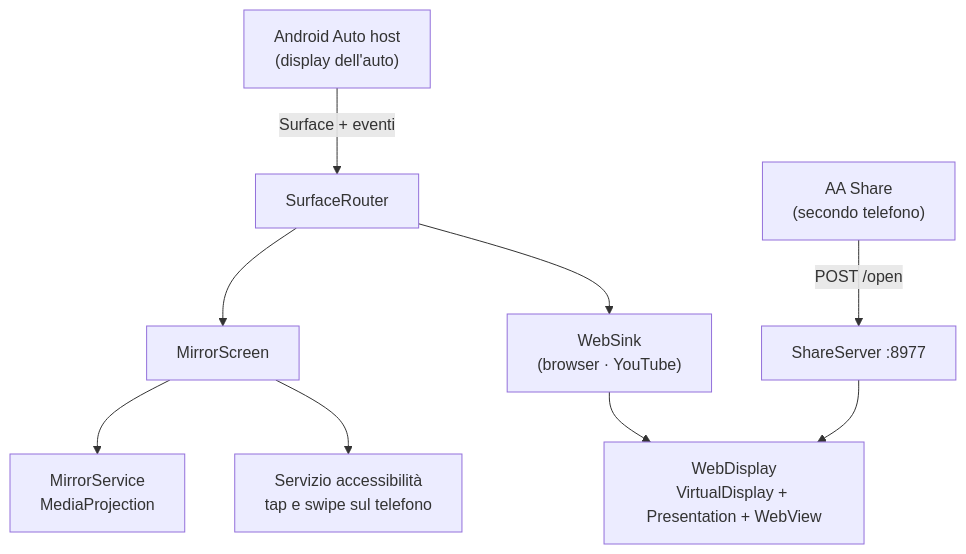
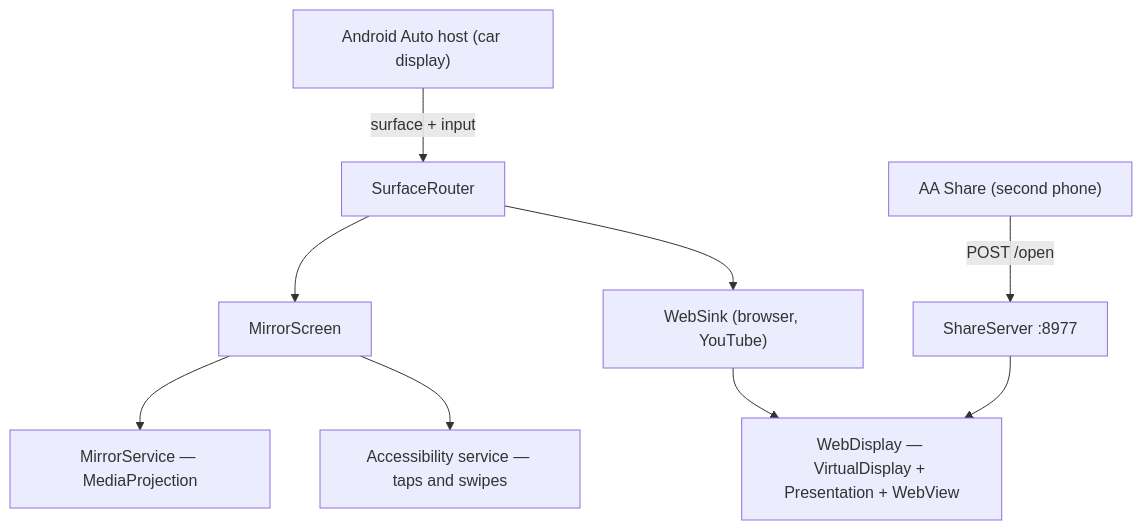
One commit to iAlias/AASuite changed the second of 2 diagrams in README.md. Above: the diagram before and after it, drawn with Mermaid. The commit also changed other lines of this file and 2 other files, not shown here.

````diff
--- a/README.md
+++ b/README.md
@@ -127,11 +151,11 @@
 ```mermaid
 graph TD
-    Host["Android Auto host<br/>(display dell'auto)"] -->|Surface + eventi| Router[SurfaceRouter]
+    Host["Android Auto host (car display)"] -->|surface + input| Router[SurfaceRouter]
     Router --> Mirror[MirrorScreen]
-    Router --> Web["WebSink<br/>(browser · YouTube)"]
-    Mirror --> Service["MirrorService<br/>MediaProjection"]
-    Mirror --> A11y["Servizio accessibilità<br/>tap e swipe sul telefono"]
-    Web --> Display["WebDisplay<br/>VirtualDisplay + Presentation + WebView"]
+    Router --> Web["WebSink (browser, YouTube)"]
+    Mirror --> Service["MirrorService — MediaProjection"]
+    Mirror --> A11y["Accessibility service — taps and swipes"]
+    Web --> Display["WebDisplay — VirtualDisplay + Presentation + WebView"]
     Share["ShareServer :8977"] --> Display
-    Companion["AA Share<br/>(secondo telefono)"] -->|POST /open| Share
+    Companion["AA Share (second phone)"] -->|POST /open| Share
 ```
````
